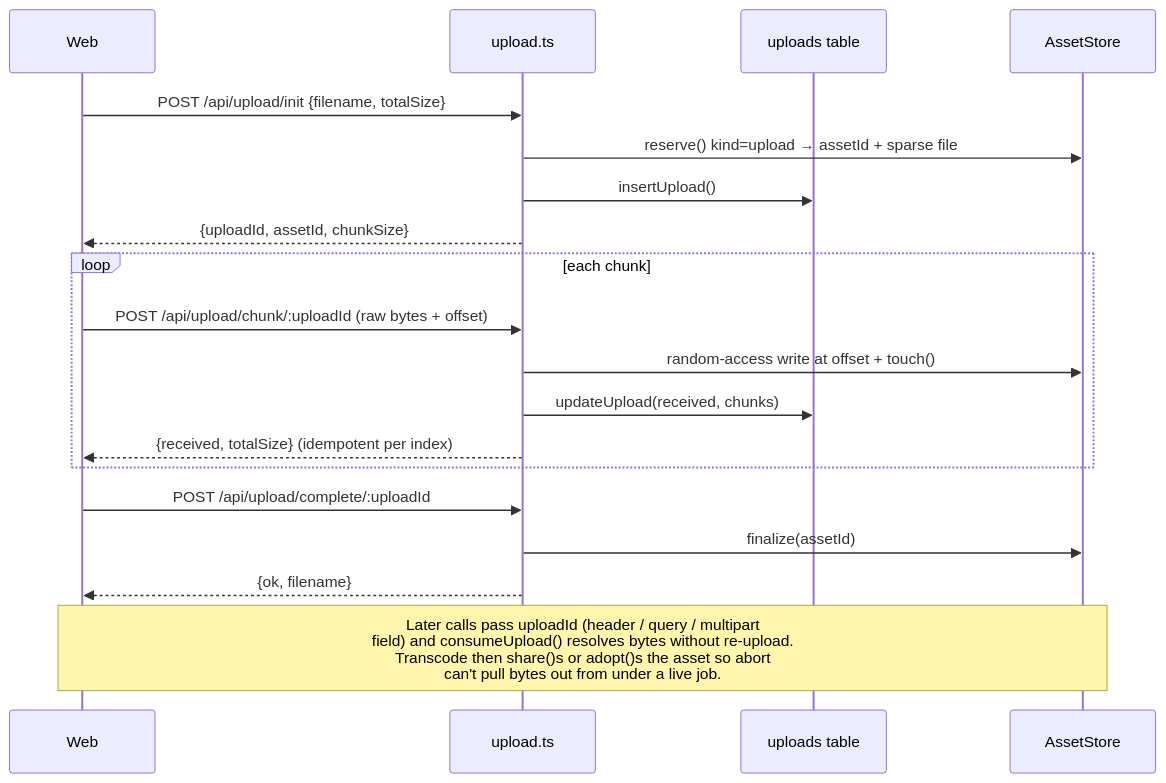
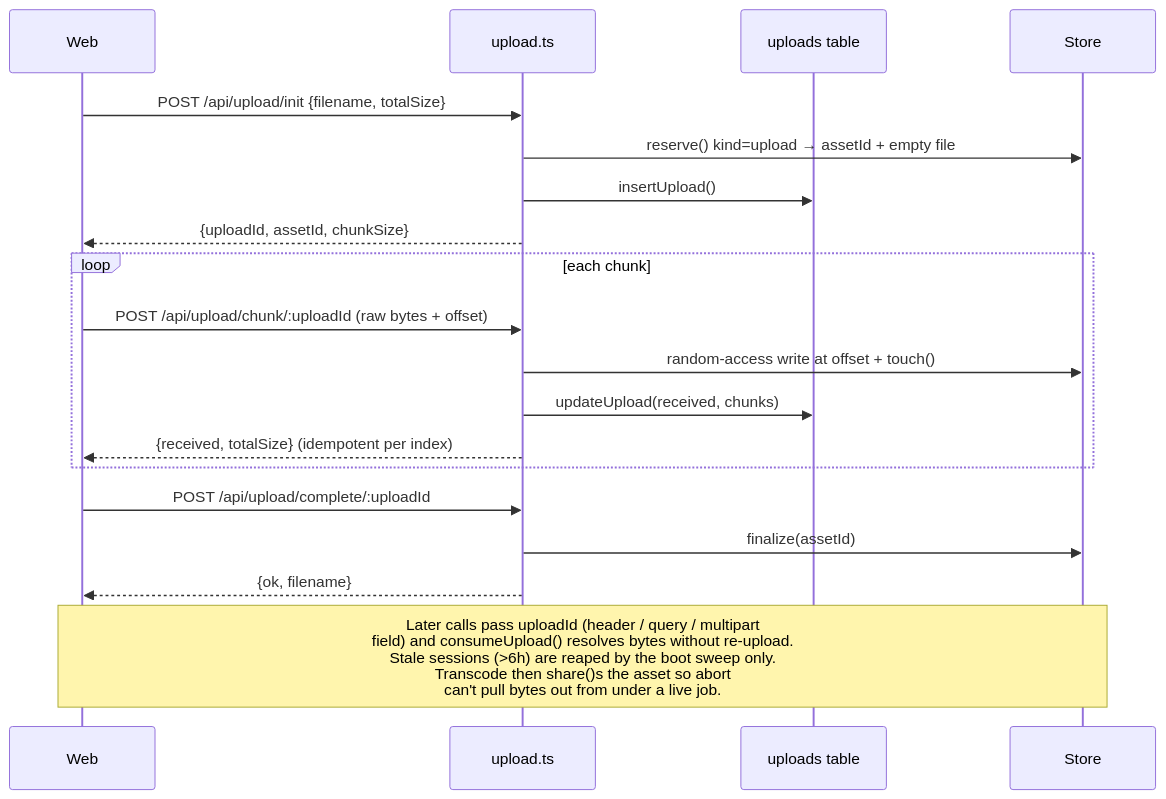
The fifth of 6 diagrams in apps/api/README.md (Iipal/ffmpego_editor), drawn with Mermaid before and after one commit. The commit also changed other lines of this file and 18 other files, not shown here.

````diff
--- a/apps/api/README.md
+++ b/apps/api/README.md
@@ -162,21 +161,21 @@
 ```mermaid
 sequenceDiagram
     participant Web
     participant API as upload.ts
     participant DB as uploads table
-    participant Store as AssetStore
+    participant Store as Store
     Web->>API: POST /api/upload/init {filename, totalSize}
-    API->>Store: reserve() kind=upload → assetId + sparse file
+    API->>Store: reserve() kind=upload → assetId + empty file
     API->>DB: insertUpload()
     API-->>Web: {uploadId, assetId, chunkSize}
     loop each chunk
         Web->>API: POST /api/upload/chunk/:uploadId (raw bytes + offset)
         API->>Store: random-access write at offset + touch()
         API->>DB: updateUpload(received, chunks)
         API-->>Web: {received, totalSize} (idempotent per index)
     end
     Web->>API: POST /api/upload/complete/:uploadId
     API->>Store: finalize(assetId)
     API-->>Web: {ok, filename}
-    Note over Web,Store: Later calls pass uploadId (header / query / multipart<br/>field) and consumeUpload() resolves bytes without re-upload.<br/>Transcode then share()s or adopt()s the asset so abort<br/>can't pull bytes out from under a live job.
+    Note over Web,Store: Later calls pass uploadId (header / query / multipart<br/>field) and consumeUpload() resolves bytes without re-upload.<br/>Stale sessions (>6h) are reaped by the boot sweep only.<br/>Transcode then share()s the asset so abort<br/>can't pull bytes out from under a live job.
 ```
````
